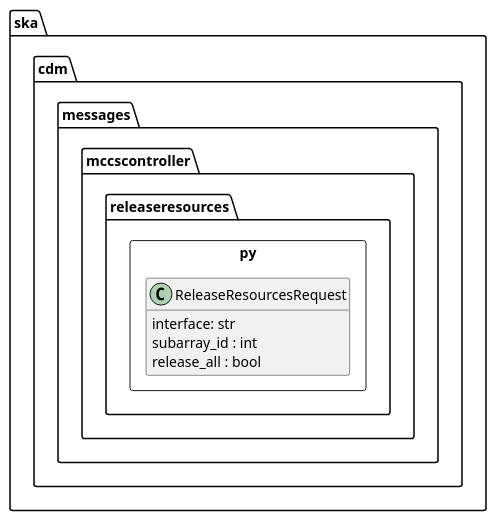
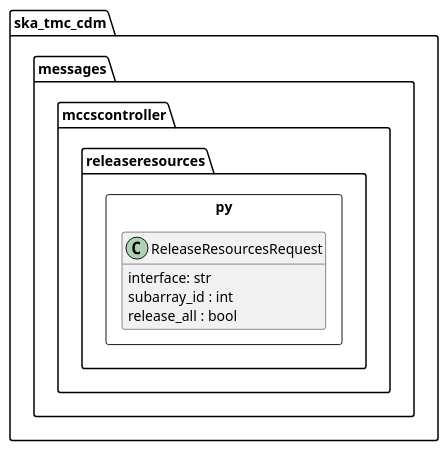
The diagram in docs/src/developer/mccscontroller/releaseresources.puml (ska-telescope/cdm-shared-library), drawn with PlantUML before and after one commit. The commit also changed 231 other files, not shown here.

Commit message:
AT2-8865: Rename ska.cdm module to ska_tmc_cdm

```diff
--- a/docs/src/developer/mccscontroller/releaseresources.puml
+++ b/docs/src/developer/mccscontroller/releaseresources.puml
@@ -1,15 +1,15 @@
 @startuml
 hide empty members
 left to right direction
 
-package ska.cdm.messages.mccscontroller {
+package ska_tmc_cdm.messages.mccscontroller {
 	package releaseresources.py <<Rectangle>> {
 		class ReleaseResourcesRequest {
 			interface: str
 			subarray_id : int
 			release_all : bool
 		}
 	}
 }
 
 @enduml
```
